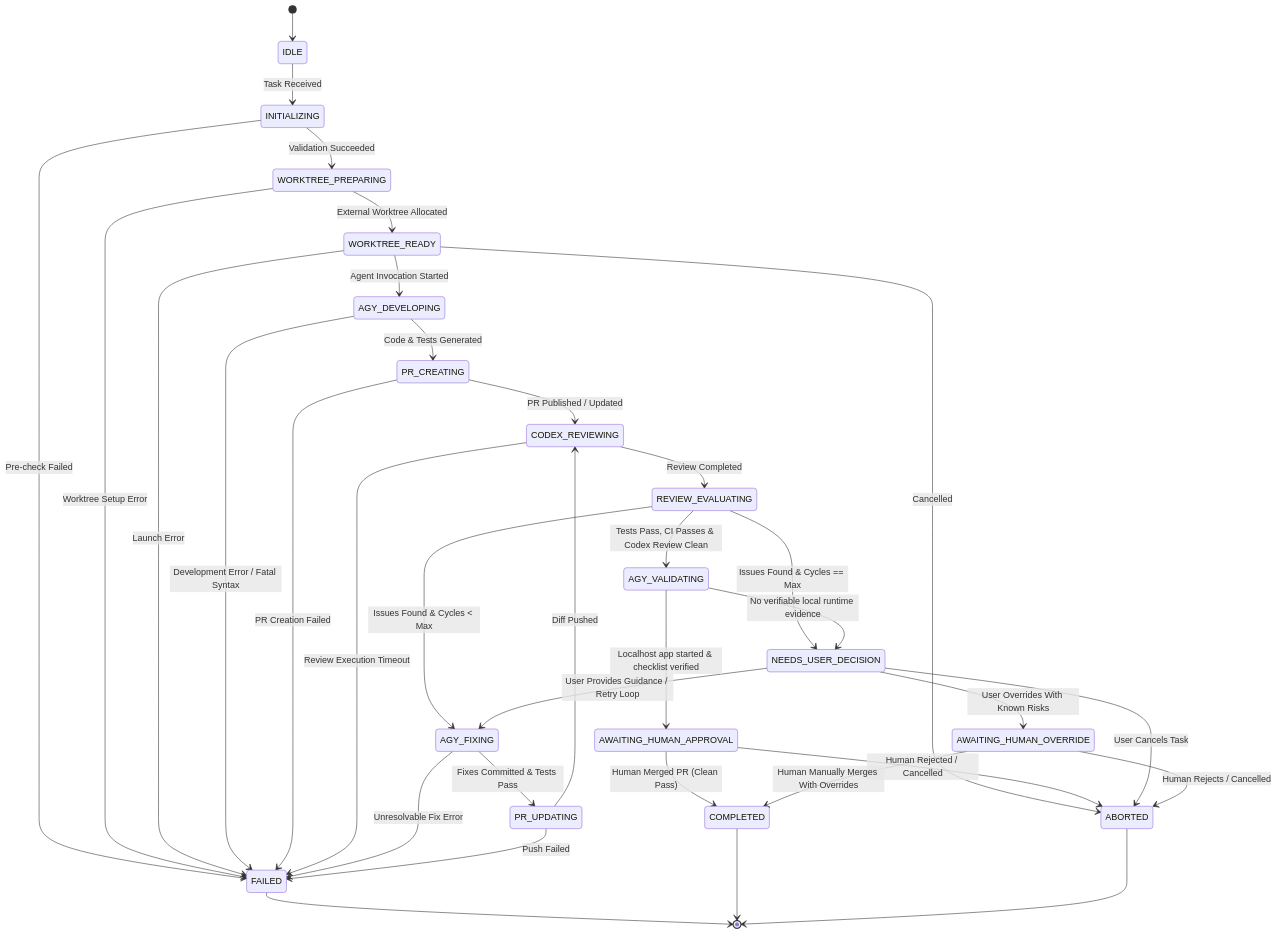
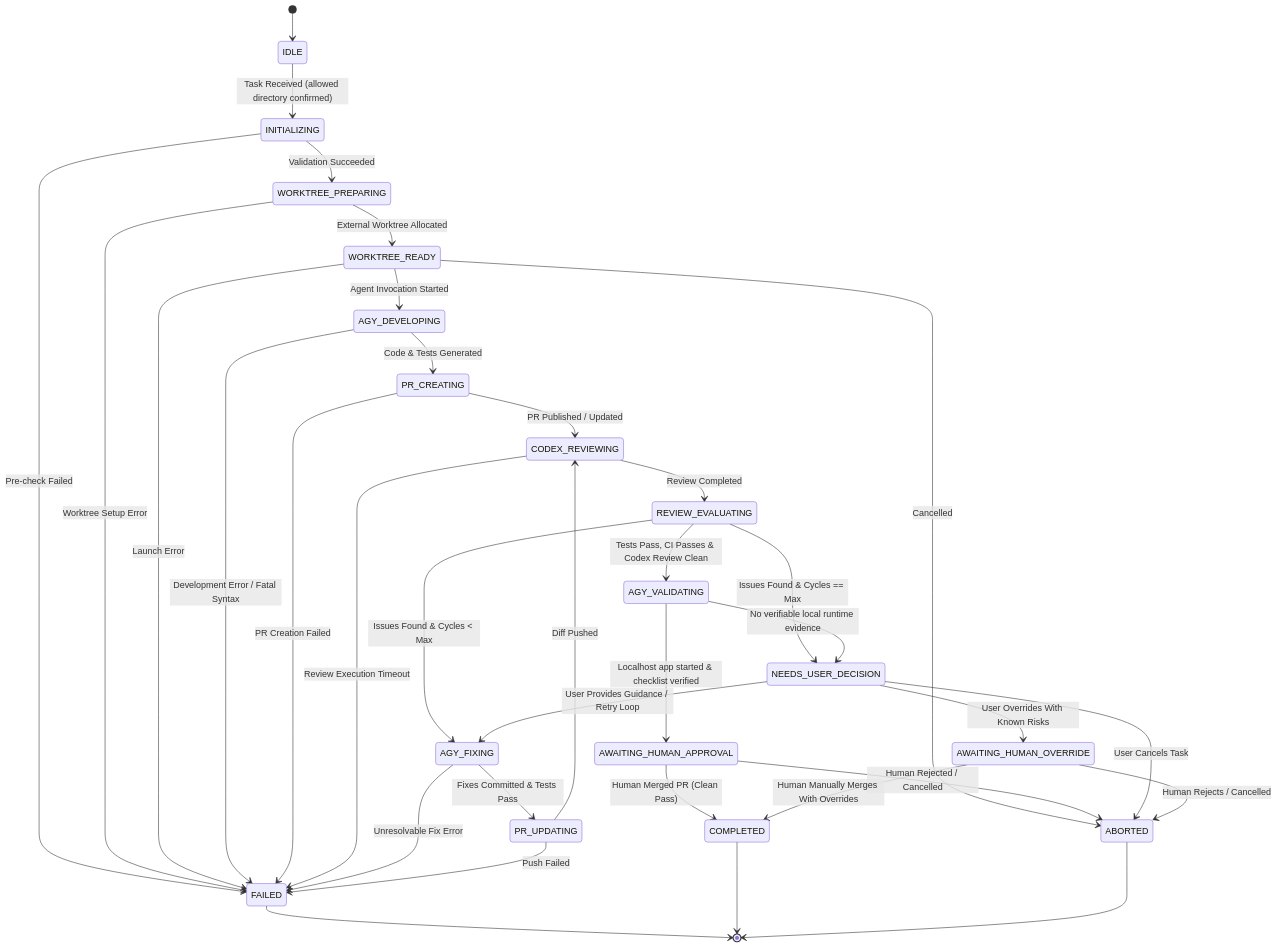
Before and after one commit to echoleesong/codex-anti-orchestrator: the diagram in docs/state-machine.md, drawn with Mermaid. The commit also changed other lines of this file and 13 other files, not shown here.

Commit message:
feat: require confirmed allowed repository directory

````diff
--- a/docs/state-machine.md
+++ b/docs/state-machine.md
@@ -11,50 +11,50 @@
 ```mermaid
 stateDiagram-v2
     [*] --> IDLE
-    IDLE --> INITIALIZING: Task Received
+    IDLE --> INITIALIZING: Task Received (allowed directory confirmed)
     INITIALIZING --> WORKTREE_PREPARING: Validation Succeeded
     INITIALIZING --> FAILED: Pre-check Failed
 
     WORKTREE_PREPARING --> WORKTREE_READY: External Worktree Allocated
     WORKTREE_PREPARING --> FAILED: Worktree Setup Error
 
     WORKTREE_READY --> AGY_DEVELOPING: Agent Invocation Started
     WORKTREE_READY --> FAILED: Launch Error
     WORKTREE_READY --> ABORTED: Cancelled
 
     AGY_DEVELOPING --> PR_CREATING: Code & Tests Generated
     AGY_DEVELOPING --> FAILED: Development Error / Fatal Syntax
 
     PR_CREATING --> CODEX_REVIEWING: PR Published / Updated
     PR_CREATING --> FAILED: PR Creation Failed
 
     CODEX_REVIEWING --> REVIEW_EVALUATING: Review Completed
     CODEX_REVIEWING --> FAILED: Review Execution Timeout
 
     REVIEW_EVALUATING --> AGY_VALIDATING: Tests Pass, CI Passes & Codex Review Clean
     REVIEW_EVALUATING --> AGY_FIXING: Issues Found & Cycles < Max
     REVIEW_EVALUATING --> NEEDS_USER_DECISION: Issues Found & Cycles == Max
 
     AGY_VALIDATING --> AWAITING_HUMAN_APPROVAL: Localhost app started & checklist verified
     AGY_VALIDATING --> NEEDS_USER_DECISION: No verifiable local runtime evidence
 
     AGY_FIXING --> PR_UPDATING: Fixes Committed & Tests Pass
     AGY_FIXING --> FAILED: Unresolvable Fix Error
 
     PR_UPDATING --> CODEX_REVIEWING: Diff Pushed
     PR_UPDATING --> FAILED: Push Failed
 
     AWAITING_HUMAN_APPROVAL --> COMPLETED: Human Merged PR (Clean Pass)
     AWAITING_HUMAN_APPROVAL --> ABORTED: Human Rejected / Cancelled
 
     NEEDS_USER_DECISION --> AGY_FIXING: User Provides Guidance / Retry Loop
     NEEDS_USER_DECISION --> AWAITING_HUMAN_OVERRIDE: User Overrides With Known Risks
     NEEDS_USER_DECISION --> ABORTED: User Cancels Task
 
     AWAITING_HUMAN_OVERRIDE --> COMPLETED: Human Manually Merges With Overrides
     AWAITING_HUMAN_OVERRIDE --> ABORTED: Human Rejects / Cancelled
 
     FAILED --> [*]
     COMPLETED --> [*]
     ABORTED --> [*]
 ```
````
